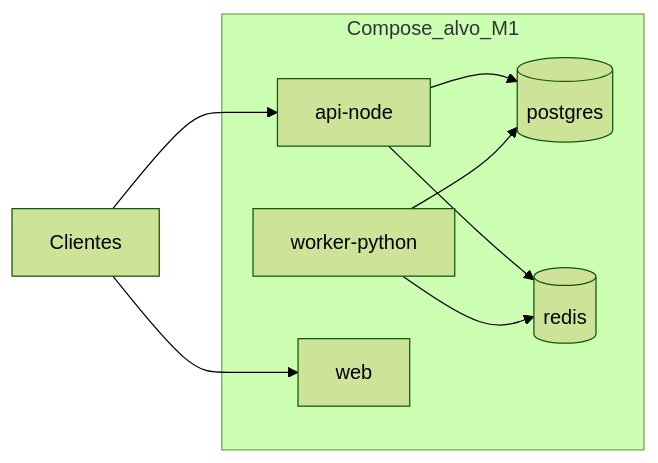
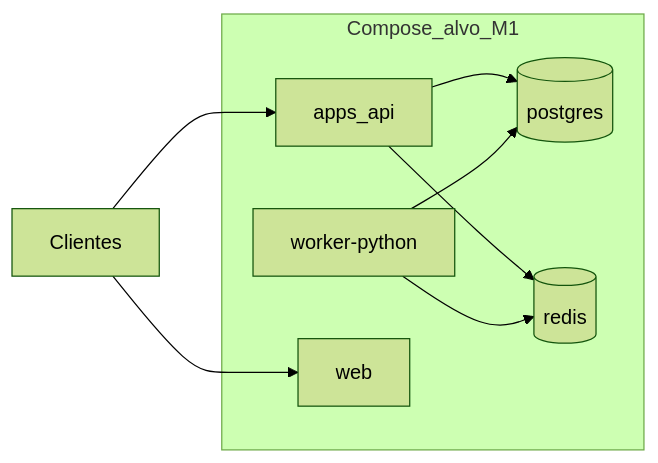
One commit to rastamansp/gwan-social changed the second of 2 diagrams in docs/05-technology-architecture/deployment-view.md. Above: the diagram before and after it, drawn with Mermaid (forest theme). The commit also changed other lines of this file and 113 other files, not shown here.

````diff
--- a/docs/05-technology-architecture/deployment-view.md
+++ b/docs/05-technology-architecture/deployment-view.md
@@ -42,16 +51,16 @@
 ```mermaid
 flowchart LR
   subgraph fullstack [Compose_alvo_M1]
-    API[api-node]
+    API[apps_api]
     PY[worker-python]
     WEBS[web]
     PG[(postgres)]
     RD[(redis)]
   end
   DEV2[Clientes] --> WEBS
   DEV2 --> API
   API --> PG
   API --> RD
   PY --> PG
   PY --> RD
 ```
````
